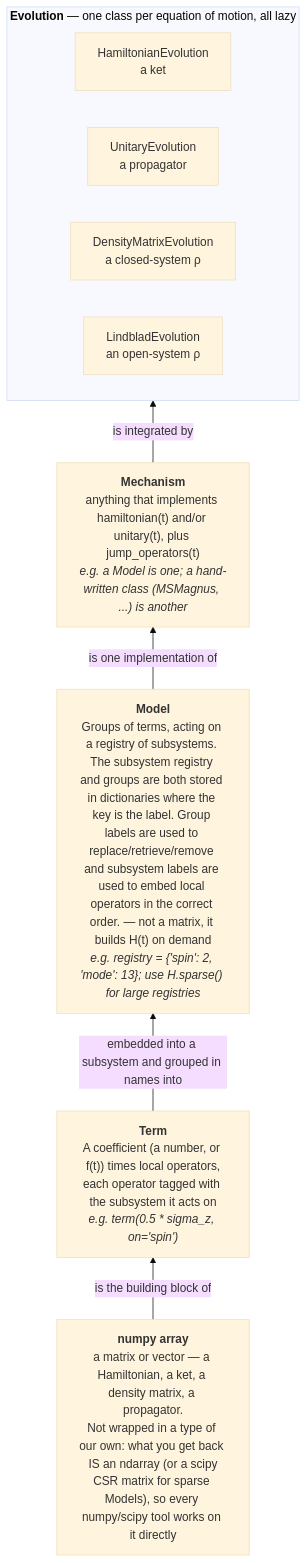
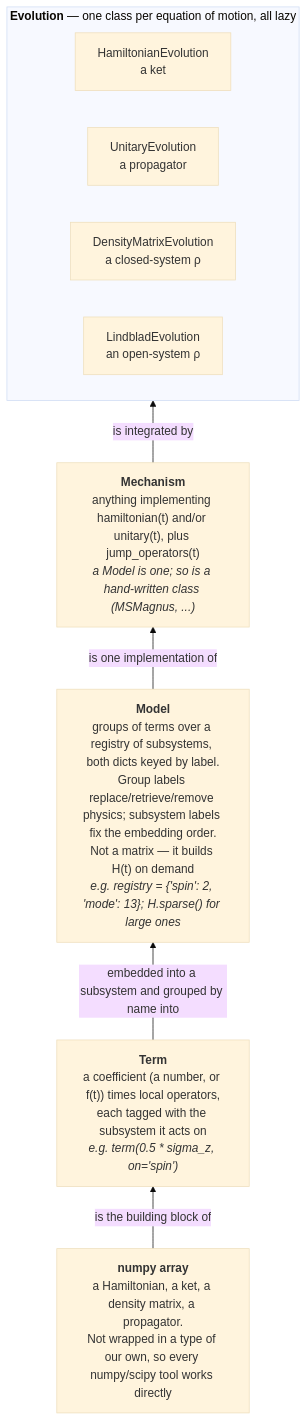
The diagram in README.md (bharraz/htdse), drawn with Mermaid (base theme) before and after one commit. The commit also changed other lines of this file and 1 other file, not shown here.

````diff
--- a/README.md
+++ b/README.md
@@ -53,24 +65,24 @@
 ```mermaid
 %%{init: {"flowchart": {"rankSpacing": 60, "nodeSpacing": 50}}}%%
 flowchart BT
-    OP["<b>numpy array</b><br/>a matrix or vector — a Hamiltonian, a ket, a density matrix, a propagator.<br/>Not wrapped in a type of our own: what you get back IS an ndarray (or a scipy<br/>CSR matrix for sparse Models), so every numpy/scipy tool works on it directly"]
+    OP["<b>numpy array</b><br/>a Hamiltonian, a ket, a density matrix, a propagator.<br/>Not wrapped in a type of our own, so every numpy/scipy tool works directly"]
 
-    TERM["<b>Term</b><br/>A coefficient (a number, or f(t)) times local operators,<br/>each operator tagged with the subsystem it acts on<br/><i>e.g. term(0.5 * sigma_z, on='spin')</i>"]
+    TERM["<b>Term</b><br/>a coefficient (a number, or f(t)) times local operators,<br/>each tagged with the subsystem it acts on<br/><i>e.g. term(0.5 * sigma_z, on='spin')</i>"]
 
-    MODEL["<b>Model</b><br/>Groups of terms, acting on a registry of subsystems. The subsystem registry and groups are both stored in dictionaries where the key is the label. Group labels are used to replace/retrieve/remove and subsystem labels are used to embed local operators in the correct order. — not a matrix, it builds H(t) on demand<br/><i>e.g. registry = {'spin': 2, 'mode': 13}; use H.sparse() for large registries</i>"]
+    MODEL["<b>Model</b><br/>groups of terms over a registry of subsystems, both dicts keyed by label.<br/>Group labels replace/retrieve/remove physics; subsystem labels fix the embedding order.<br/>Not a matrix — it builds H(t) on demand<br/><i>e.g. registry = {'spin': 2, 'mode': 13}; H.sparse() for large ones</i>"]
 
-    MECH["<b>Mechanism</b><br/>anything that implements hamiltonian(t) and/or unitary(t), plus jump_operators(t)<br/><i>e.g. a Model is one; a hand-written class (MSMagnus, ...) is another</i>"]
+    MECH["<b>Mechanism</b><br/>anything implementing hamiltonian(t) and/or unitary(t), plus jump_operators(t)<br/><i>a Model is one; so is a hand-written class (MSMagnus, ...)</i>"]
 
     subgraph EVO["<b>Evolution</b> — one class per equation of motion, all lazy"]
         direction LR
         E1["HamiltonianEvolution<br/>a ket"]
         E2["UnitaryEvolution<br/>a propagator"]
         E3["DensityMatrixEvolution<br/>a closed-system ρ"]
         E4["LindbladEvolution<br/>an open-system ρ"]
     end
 
     OP -- "is the building block of" --> TERM
-    TERM -- "embedded into a subsystem and grouped in names into" --> MODEL
+    TERM -- "embedded into a subsystem and grouped by name into" --> MODEL
     MODEL -- "is one implementation of" --> MECH
     MECH -- "is integrated by" --> EVO
 ```
````
